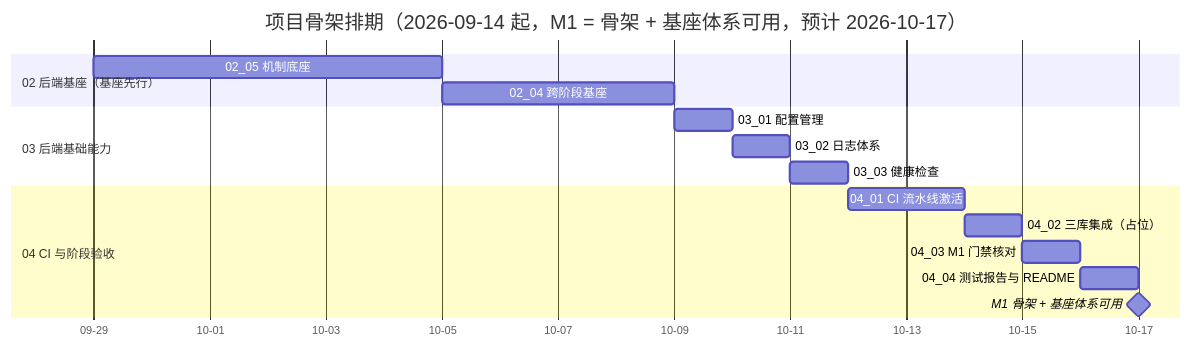
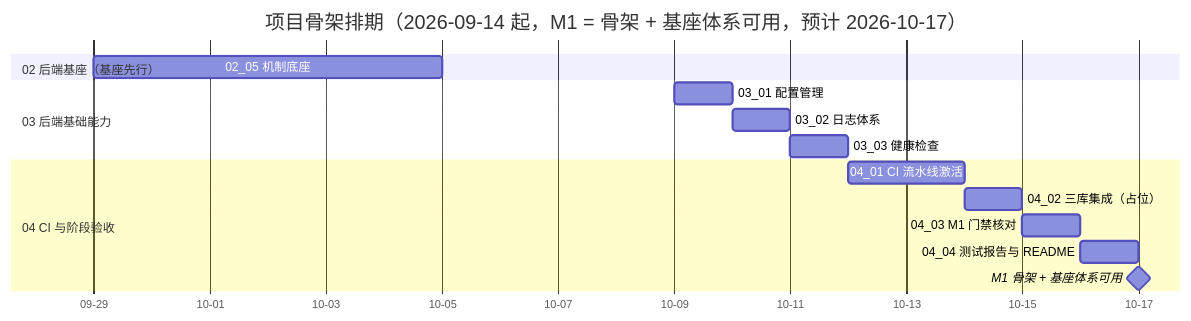
Before and after one commit to minjian123/basic-management-system: the diagram in bms文档/项目/01_项目骨架/计划/01_计划_项目骨架.md, drawn with Mermaid. The commit also changed other lines of this file and 23 other files, not shown here.

````diff
--- a/bms文档/项目/01_项目骨架/计划/01_计划_项目骨架.md
+++ b/bms文档/项目/01_项目骨架/计划/01_计划_项目骨架.md
@@ -73,19 +75,18 @@
 ```mermaid
 gantt
     title 项目骨架排期（2026-09-14 起，M1 = 骨架 + 基座体系可用，预计 2026-10-17）
     dateFormat  YYYY-MM-DD
     axisFormat %m-%d
     section 02 后端基座（基座先行）
     02_05 机制底座         :a25, 2026-09-29, 6d
-    02_04 跨阶段基座       :a24, 2026-10-05, 4d
     section 03 后端基础能力
     03_01 配置管理         :a31, 2026-10-09, 1d
     03_02 日志体系         :a32, 2026-10-10, 1d
     03_03 健康检查         :a33, 2026-10-11, 1d
     section 04 CI 与阶段验收
     04_01 CI 流水线激活    :a41, 2026-10-12, 2d
     04_02 三库集成（占位） :a42, 2026-10-14, 1d
     04_03 M1 门禁核对      :a43, 2026-10-15, 1d
     04_04 测试报告与 README :a44, 2026-10-16, 1d
     M1 骨架 + 基座体系可用 :milestone, m1, 2026-10-17, 0d
 ```
````
